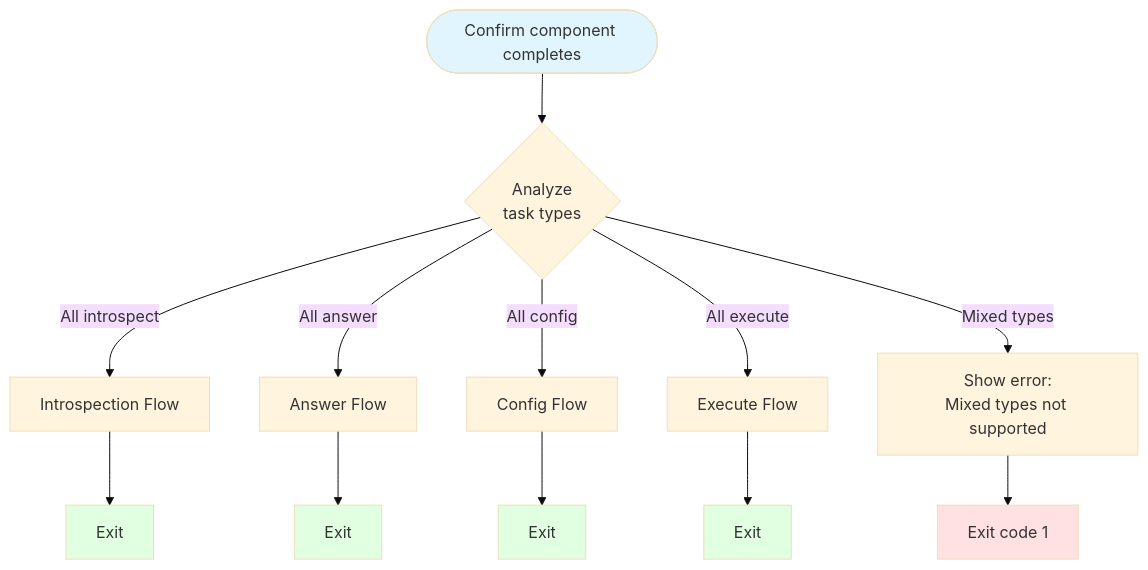
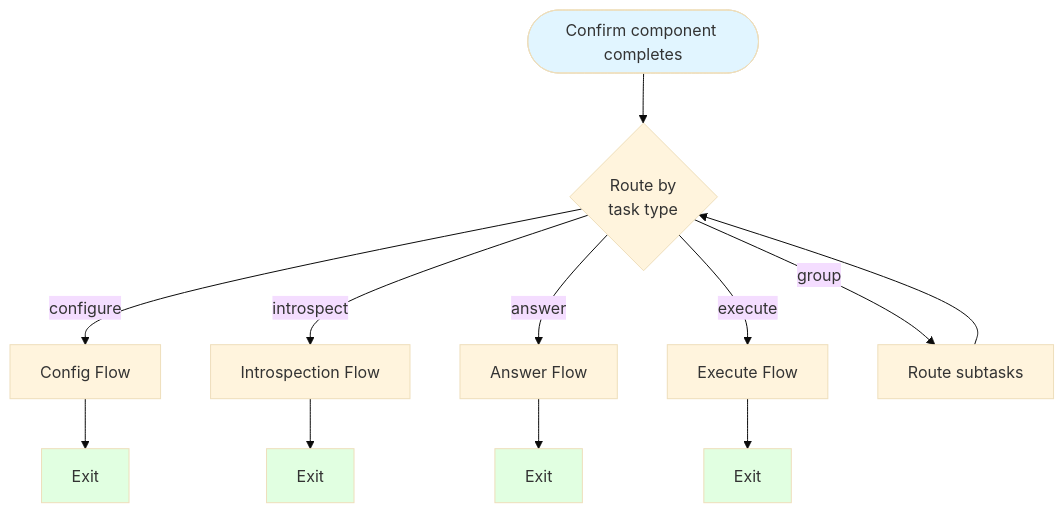
The fifth of 18 diagrams in FLOWS.md (aswitalski/pls), drawn with Mermaid (base theme) before and after one commit. The commit also changed other lines of this file and 2 other files, not shown here.

Commit message:
Update flow documentation to reflect codebase

````diff
--- a/FLOWS.md
+++ b/FLOWS.md
@@ -287,23 +294,23 @@
 ```mermaid
 flowchart TD
-    Start([Confirm component completes]) --> AnalyzeTypes{Analyze<br/>task types}
+    Start([Confirm component completes]) --> RouteTypes{Route by<br/>task type}
 
-    AnalyzeTypes -->|All introspect| IntrospectFlow[Introspection Flow]
-    AnalyzeTypes -->|All answer| AnswerFlow[Answer Flow]
-    AnalyzeTypes -->|All config| ConfigFlow[Config Flow]
-    AnalyzeTypes -->|All execute| ExecuteFlow[Execute Flow]
-    AnalyzeTypes -->|Mixed types| ShowError[Show error:<br/>Mixed types not supported]
+    RouteTypes -->|configure| ConfigFlow[Config Flow]
+    RouteTypes -->|introspect| IntrospectFlow[Introspection Flow]
+    RouteTypes -->|answer| AnswerFlow[Answer Flow]
+    RouteTypes -->|execute| ExecuteFlow[Execute Flow]
+    RouteTypes -->|group| GroupFlow[Route subtasks]
+
+    GroupFlow --> RouteTypes
 
     IntrospectFlow --> Exit1[Exit]
     AnswerFlow --> Exit2[Exit]
     ConfigFlow --> Exit3[Exit]
     ExecuteFlow --> Exit4[Exit]
-    ShowError --> ExitErr[Exit code 1]
 
     style Start fill:#e1f5ff
     style Exit1 fill:#e1ffe1
     style Exit2 fill:#e1ffe1
     style Exit3 fill:#e1ffe1
     style Exit4 fill:#e1ffe1
-    style ExitErr fill:#ffe1e1
 ```
````
